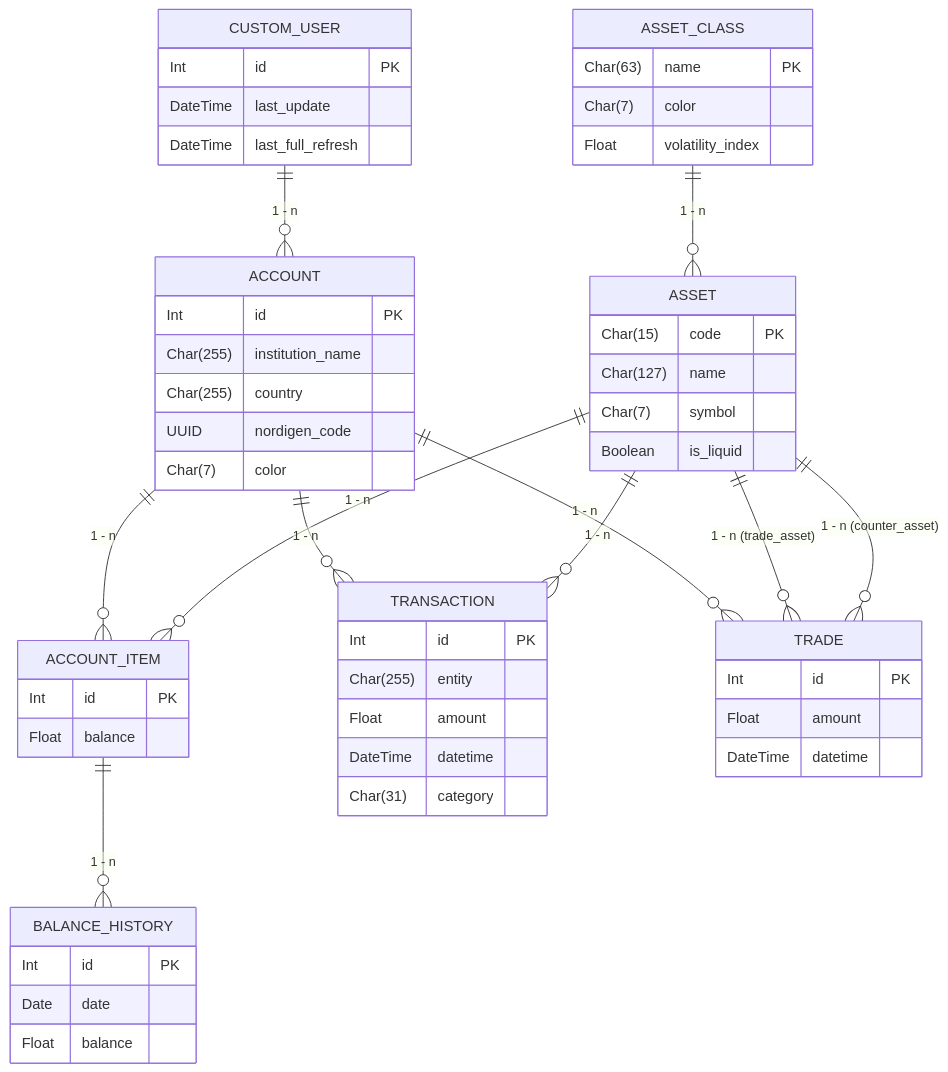
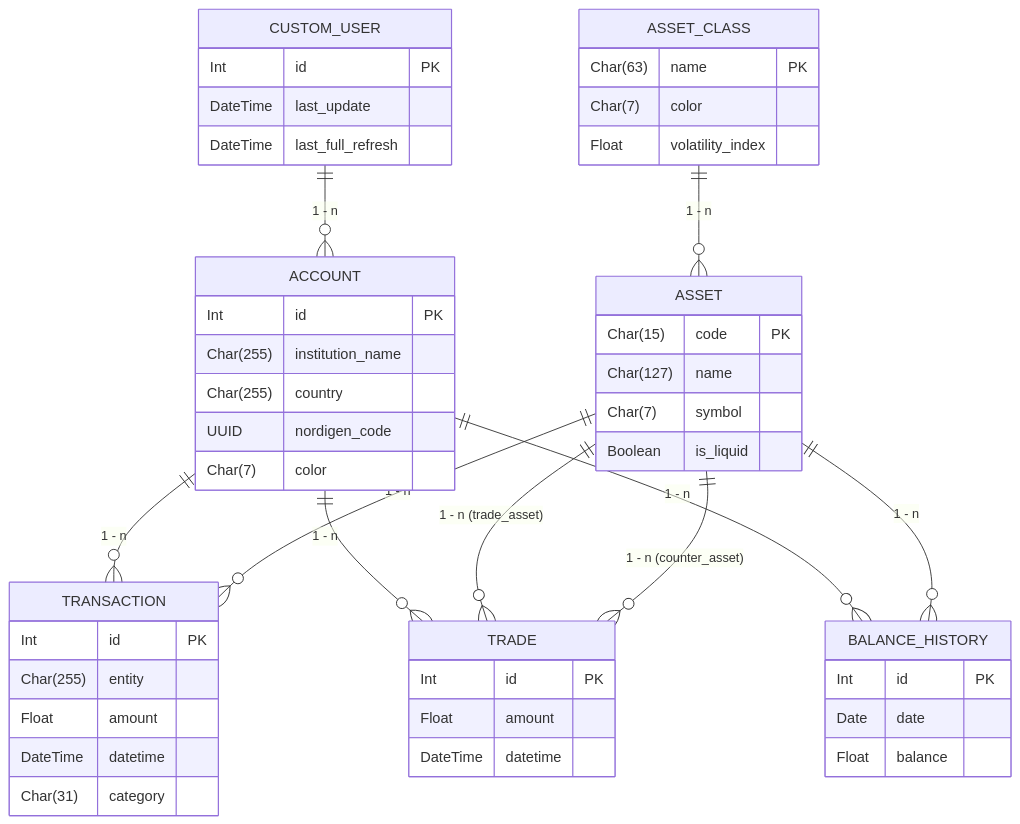
Before and after one commit to benvigano/visualfolio: the diagram in er_diagram.mmd, drawn with Mermaid. The commit also changed other lines of this file and 3 other files, not shown here.

First line of the commit message:
refactor: remove AccountItem and integrate logic into BalanceHistory

```diff
--- a/er_diagram.mmd
+++ b/er_diagram.mmd
@@ -1,130 +1,117 @@
 erDiagram
 
     %% -------------------------
     %% ENTITY: AssetClass
     %% -------------------------
     ASSET_CLASS {
         Char(63) name PK
         Char(7) color
         Float volatility_index
     }
 
     %% -------------------------
     %% ENTITY: Asset
     %% -------------------------
     ASSET {
         Char(15) code PK
         Char(127) name
         Char(7) symbol
         Boolean is_liquid
         %% symbol is nullable
         %% FK to AssetClass(name)
     }
 
     %% -------------------------
     %% ENTITY: CustomUser (extends AbstractUser)
     %%   Represented here for completeness
     %% -------------------------
     CUSTOM_USER {
         Int id PK
         DateTime last_update
         DateTime last_full_refresh
         %% plus AbstractUser fields
     }
 
     %% -------------------------
     %% ENTITY: Account
     %% -------------------------
     ACCOUNT {
         Int id PK
         Char(255) institution_name
         Char(255) country
         UUID nordigen_code
         Char(7) color
         %% FK to CustomUser(id)
         %% unique(institution_name, user)
     }
 
     %% -------------------------
-    %% ENTITY: AccountItem
-    %% -------------------------
-    ACCOUNT_ITEM {
-        Int id PK
-        Float balance
-        %% FK to Account(id)
-        %% FK to Asset(code)
-        %% unique(account, asset)
-    }
-
-    %% -------------------------
     %% ENTITY: Transaction
     %% -------------------------
     TRANSACTION {
         Int id PK
         Char(255) entity
         Float amount
         DateTime datetime
         Char(31) category
         %% amount cannot be zero
         %% FK to Account(id)
         %% FK to Asset(code)
     }
 
     %% -------------------------
     %% ENTITY: Trade
     %% -------------------------
     TRADE {
         Int id PK
         Float amount
         DateTime datetime
         %% amount cannot be zero
         %% FK to Account(id)
         %% FK to Asset(code) (trade_asset)
         %% FK to Asset(code) (counter_asset)
     }
 
     %% -------------------------
     %% ENTITY: BalanceHistory
     %% -------------------------
     BALANCE_HISTORY {
         Int id PK
         Date date
         Float balance
-        %% FK to AccountItem(id)
-        %% unique(account_item, date)
-        %% ordering: (account_item, date)
+        %% FK to Account(id)
+        %% FK to Asset(code)
+        %% unique(account, asset, date)
+        %% ordering: (account, asset, date)
     }
 
     %% -------------------------
     %% RELATIONSHIPS
     %% -------------------------
 
     %% AssetClass (1) -- (N) Asset
     ASSET_CLASS ||--o{ ASSET : "1 - n"
 
     %% CustomUser (1) -- (N) Account
     CUSTOM_USER ||--o{ ACCOUNT : "1 - n"
-
-    %% Account (1) -- (N) AccountItem
-    ACCOUNT ||--o{ ACCOUNT_ITEM : "1 - n"
-
-    %% Asset (1) -- (N) AccountItem
-    ASSET ||--o{ ACCOUNT_ITEM : "1 - n"
 
     %% Account (1) -- (N) Transaction
     ACCOUNT ||--o{ TRANSACTION : "1 - n"
 
     %% Asset (1) -- (N) Transaction
     ASSET ||--o{ TRANSACTION : "1 - n"
 
     %% Account (1) -- (N) Trade
     ACCOUNT ||--o{ TRADE : "1 - n"
 
     %% Asset (1) -- (N) Trade (trade_asset)
     ASSET ||--o{ TRADE : "1 - n (trade_asset)"
 
     %% Asset (1) -- (N) Trade (counter_asset)
     ASSET ||--o{ TRADE : "1 - n (counter_asset)"
 
-    %% AccountItem (1) -- (N) BalanceHistory
-    ACCOUNT_ITEM ||--o{ BALANCE_HISTORY : "1 - n"
+    %% Account (1) -- (N) BalanceHistory
+    ACCOUNT ||--o{ BALANCE_HISTORY : "1 - n"
+
+    %% Asset (1) -- (N) BalanceHistory
+    ASSET ||--o{ BALANCE_HISTORY : "1 - n"
```
